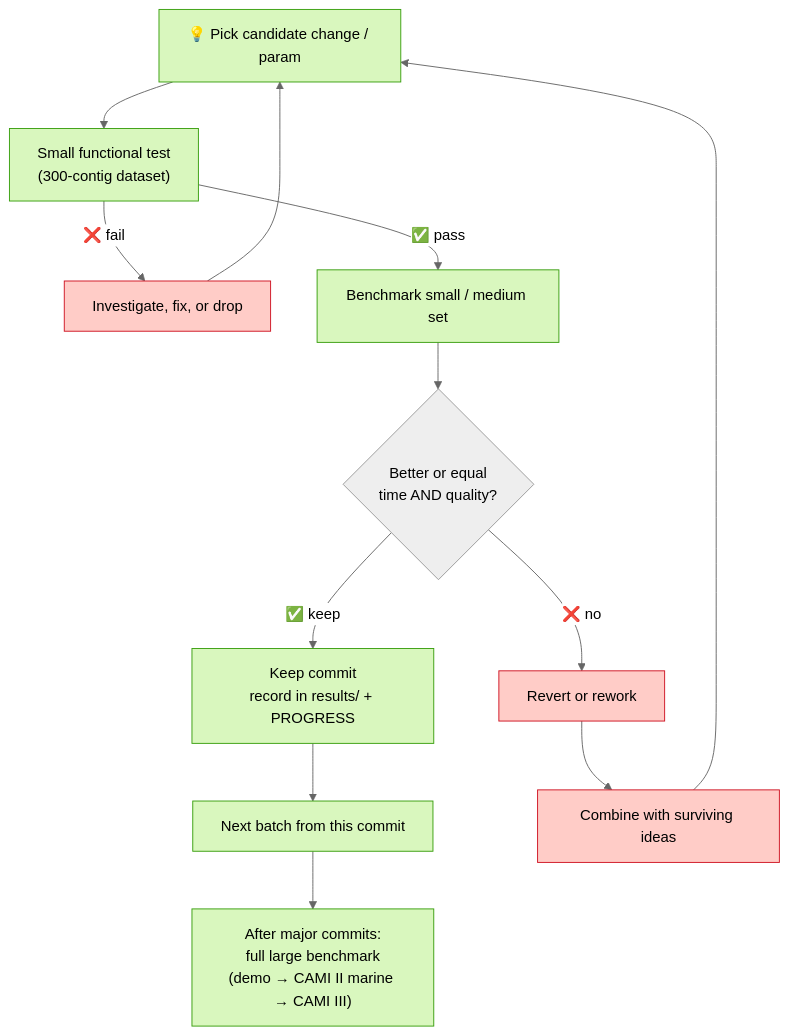
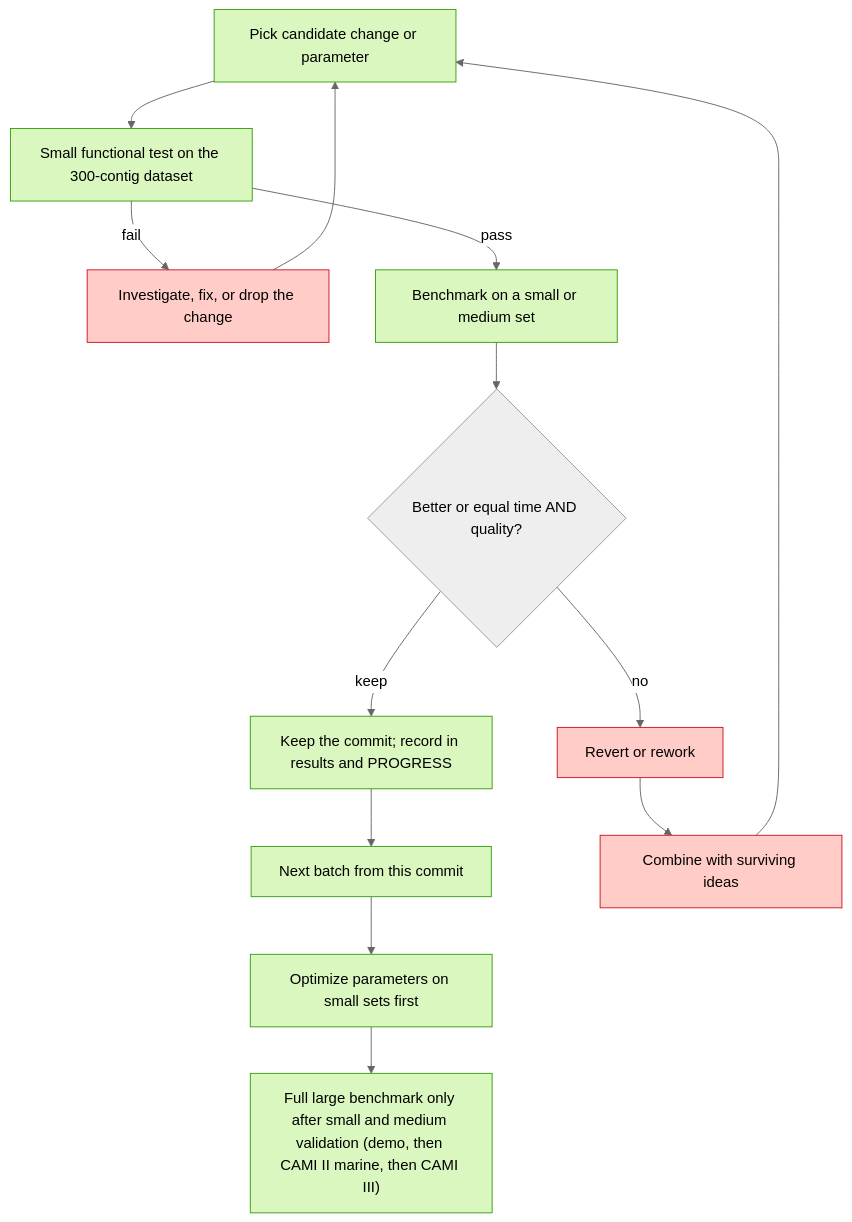
Before and after one commit to paulzierep/metagenomic-binning-benchmark: the diagram in README.md, drawn with Mermaid (neutral theme). The commit also changed other lines of this file and 7 other files, not shown here.

````diff
--- a/README.md
+++ b/README.md
@@ -36,16 +36,19 @@
 ```mermaid
 flowchart TD
-    A["💡 Pick candidate change / param"] --> B["Small functional test<br/>(300-contig dataset)"]
-    B -->|"❌ fail"| G["Investigate, fix, or drop"] --> A
-    B -->|"✅ pass"| C["Benchmark small / medium set"]
-    C --> D{"Better or equal<br/>time AND quality?"}
-    D -->|"✅ keep"| E["Keep commit<br/>record in results/ + PROGRESS"]
+    A["Pick candidate change or parameter"] --> B["Small functional test on the 300-contig dataset"]
+    B -->|fail| G["Investigate, fix, or drop the change"]
+    G --> A
+    B -->|pass| C["Benchmark on a small or medium set"]
+    C --> D{"Better or equal time AND quality?"}
+    D -->|keep| E["Keep the commit; record in results and PROGRESS"]
     E --> F["Next batch from this commit"]
-    D -->|"❌ no"| H["Revert or rework"]
-    H --> I["Combine with surviving ideas"] --> A
-    F --> J["After major commits:<br/>full large benchmark<br/>(demo → CAMI II marine → CAMI III)"]
+    D -->|no| H["Revert or rework"]
+    H --> I["Combine with surviving ideas"]
+    I --> A
+    F --> J["Optimize parameters on small sets first"]
+    J --> K["Full large benchmark only after small and medium validation (demo, then CAMI II marine, then CAMI III)"]
     classDef keep fill:#d9f7be,stroke:#389e0d;
     classDef drop fill:#ffccc7,stroke:#cf1322;
-    class A,B,C,E,F,J keep;
+    class A,B,C,E,F,J,K keep;
     class G,H,I drop;
 ```
````
